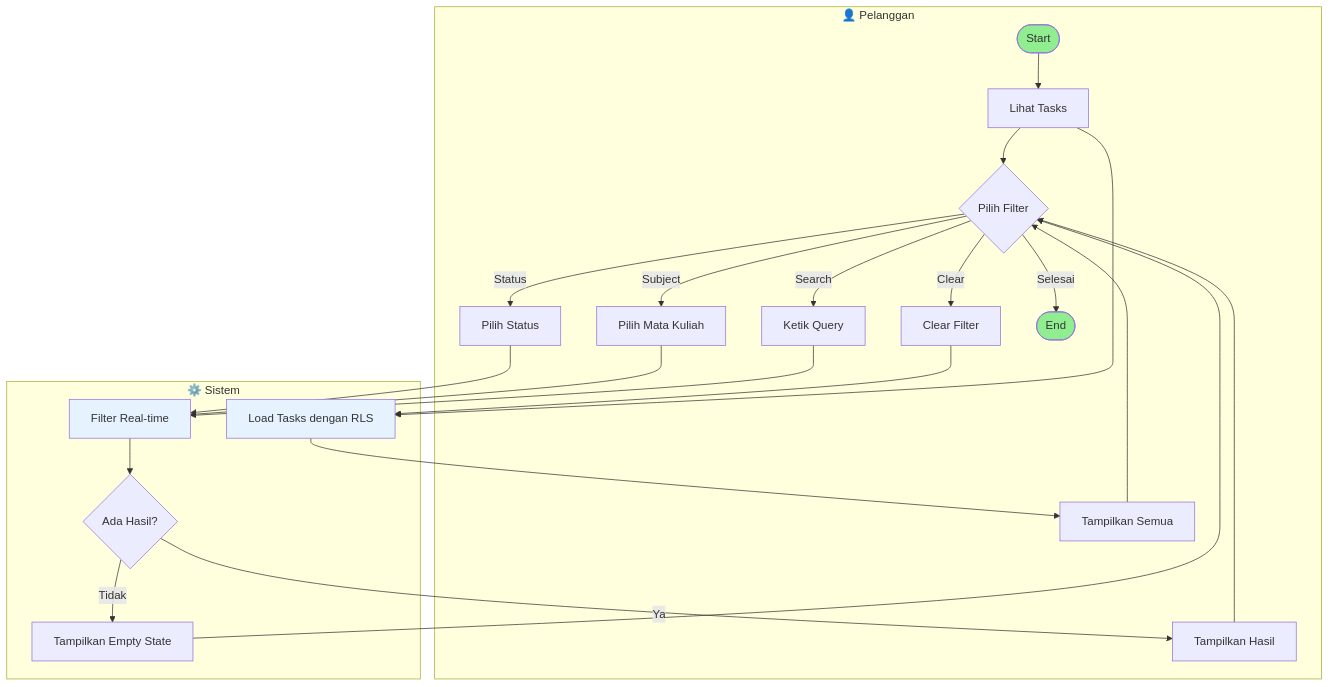
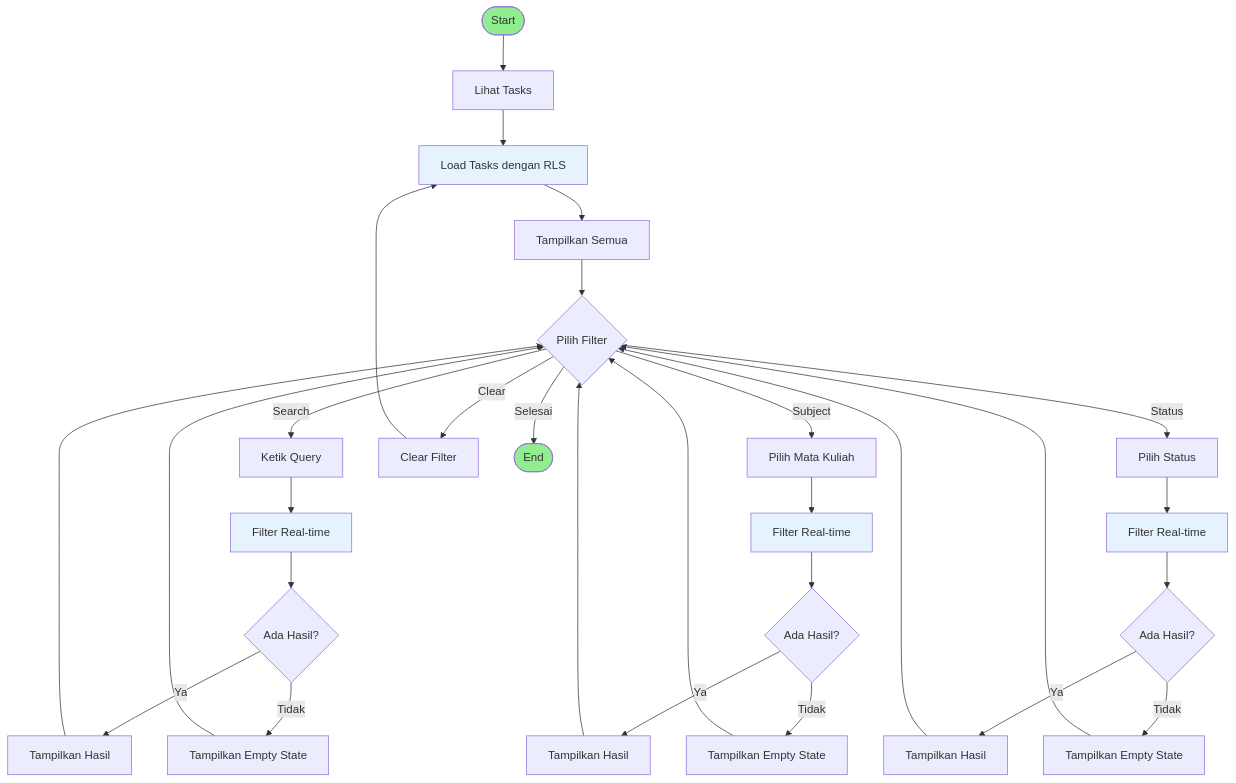
The sixth of 11 diagrams in ACTIVITY_DIAGRAMS.md (FarhanEfendi21/FlowDay), drawn with Mermaid before and after one commit. The commit also changed other lines of this file, not shown here.

Commit message:
fix activity diagram

````diff
--- a/ACTIVITY_DIAGRAMS.md
+++ b/ACTIVITY_DIAGRAMS.md
@@ -224,35 +205,43 @@
 ```mermaid
-graph TD
-    subgraph User["👤 Pelanggan"]
-        A([Start]) --> B[Lihat Tasks]
-        B --> C{Pilih Filter}
-        C -->|Search| D[Ketik Query]
-        C -->|Subject| E[Pilih Mata Kuliah]
-        C -->|Status| F[Pilih Status]
-        C -->|Clear| G[Clear Filter]
-        H[Tampilkan Hasil] --> C
-        I[Tampilkan Semua] --> C
-        C -->|Selesai| J([End])
-    end
+flowchart TB
+    Start([Start]) --> A[Lihat Tasks]
+    A --> B[Load Tasks dengan RLS]
+    B --> C[Tampilkan Semua]
+    C --> Menu{Pilih Filter}
     
-    subgraph System["⚙️ Sistem"]
-        K[Load Tasks dengan RLS]
-        K --> I
-        L[Filter Real-time]
-        L --> M{Ada Hasil?}
-        M -->|Ya| H
-        M -->|Tidak| N[Tampilkan Empty State]
-        N --> C
-    end
+    Menu -->|Search| D1[Ketik Query]
+    D1 --> D2[Filter Real-time]
+    D2 --> D3{Ada Hasil?}
+    D3 -->|Ya| D4[Tampilkan Hasil]
+    D3 -->|Tidak| D5[Tampilkan Empty State]
+    D4 --> Menu
+    D5 --> Menu
     
-    B --> K
-    D --> L
-    E --> L
-    F --> L
-    G --> K
+    Menu -->|Subject| E1[Pilih Mata Kuliah]
+    E1 --> E2[Filter Real-time]
+    E2 --> E3{Ada Hasil?}
+    E3 -->|Ya| E4[Tampilkan Hasil]
+    E3 -->|Tidak| E5[Tampilkan Empty State]
+    E4 --> Menu
+    E5 --> Menu
+    
+    Menu -->|Status| F1[Pilih Status]
+    F1 --> F2[Filter Real-time]
+    F2 --> F3{Ada Hasil?}
+    F3 -->|Ya| F4[Tampilkan Hasil]
+    F3 -->|Tidak| F5[Tampilkan Empty State]
+    F4 --> Menu
+    F5 --> Menu
+    
+    Menu -->|Clear| G1[Clear Filter]
+    G1 --> B
+    
+    Menu -->|Selesai| End([End])
 
-    style A fill:#90EE90
-    style J fill:#90EE90
-    style L fill:#E6F3FF
-    style K fill:#E6F3FF
+    style Start fill:#90EE90
+    style End fill:#90EE90
+    style B fill:#E6F3FF
+    style D2 fill:#E6F3FF
+    style E2 fill:#E6F3FF
+    style F2 fill:#E6F3FF
 ```
````
